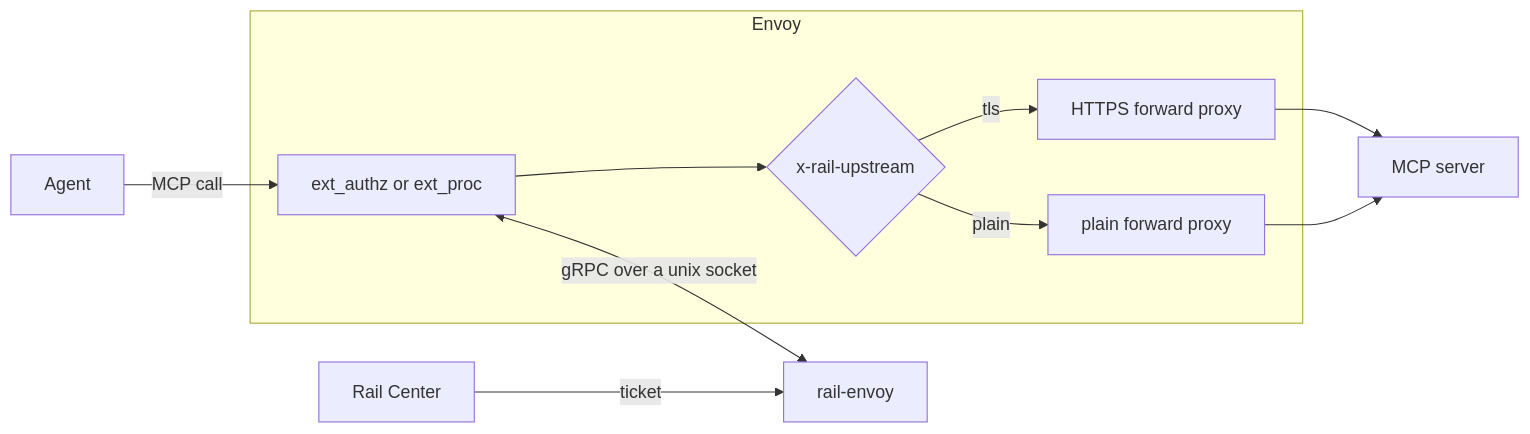
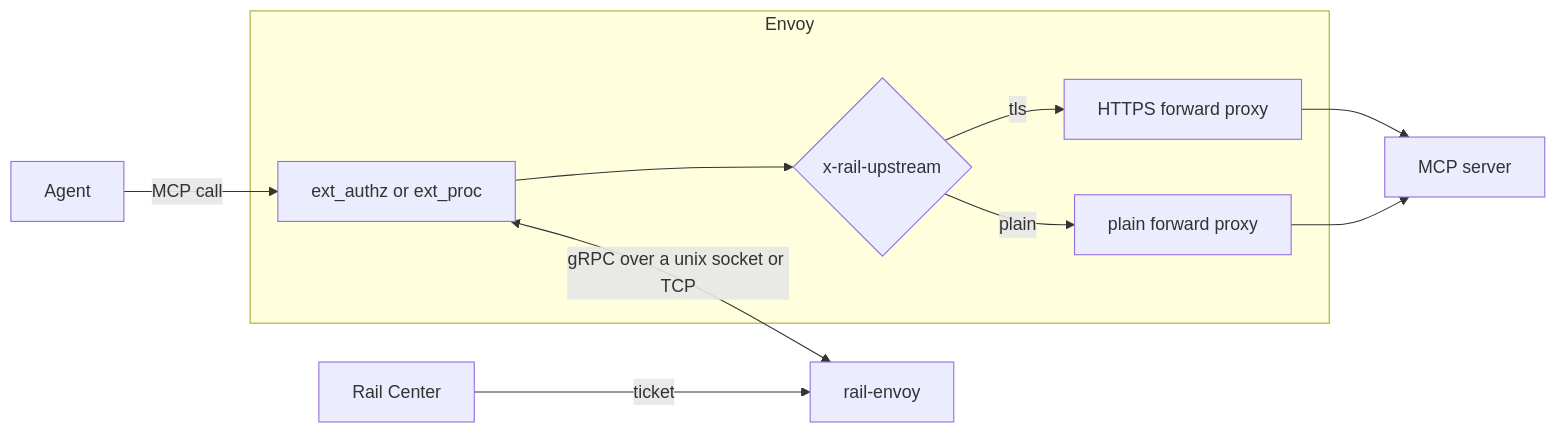
Before and after one commit to datrail/railguard: the diagram in crates/rail-envoy/README.md, drawn with Mermaid. The commit also changed other lines of this file and 30 other files, not shown here.

First line of the commit message:
DR-285: A body cap answered 413 in both hosts, rail-envoy on a socket or a port, and the gateway's start shared (#55)

````diff
--- a/crates/rail-envoy/README.md
+++ b/crates/rail-envoy/README.md
@@ -10,13 +10,13 @@
 ```mermaid
 flowchart LR
   agent[Agent] -->|MCP call| filter
   subgraph envoy[Envoy]
     filter[ext_authz or ext_proc] --> route{x-rail-upstream}
     route -->|tls| tls[HTTPS forward proxy]
     route -->|plain| plain[plain forward proxy]
   end
-  filter <-->|gRPC over a unix socket| ext[rail-envoy]
+  filter <-->|gRPC over a unix socket or TCP| ext[rail-envoy]
   tls --> server[MCP server]
   plain --> server
   center[Rail Center] -->|ticket| ext
 ```
````
